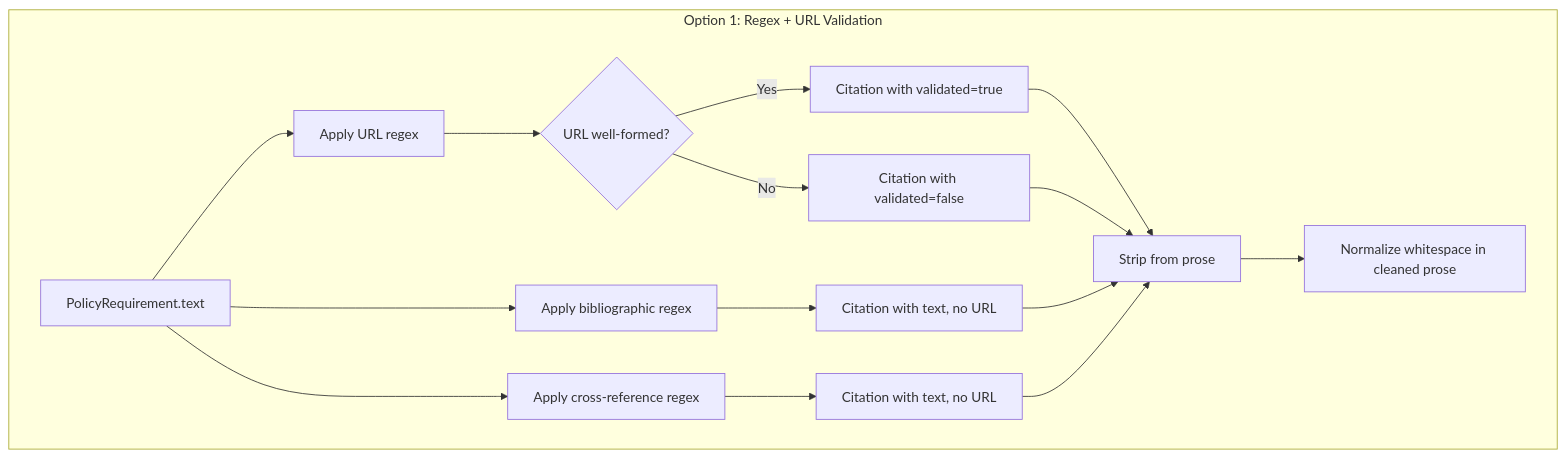
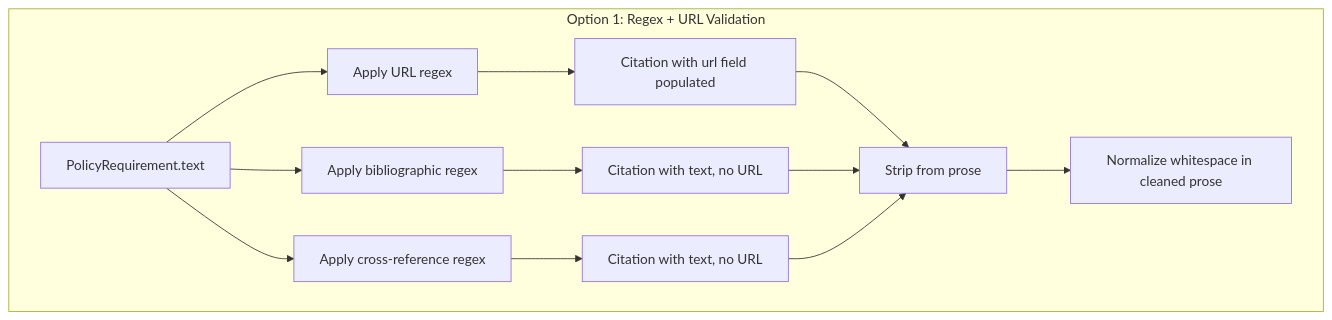
One commit to policy-forge/forge changed the first of 3 diagrams in docs/AR/008-ar-citation-extraction.md. Above: the diagram before and after it, drawn with Mermaid. The commit also changed other lines of this file and 5 other files, not shown here.

````diff
--- a/docs/AR/008-ar-citation-extraction.md
+++ b/docs/AR/008-ar-citation-extraction.md
@@ -130,18 +130,15 @@
 ```mermaid
 graph TD
     subgraph "Option 1: Regex + URL Validation"
         A1[PolicyRequirement.text] --> B1[Apply URL regex]
         A1 --> C1[Apply bibliographic regex]
         A1 --> D1[Apply cross-reference regex]
-        B1 --> E1{URL well-formed?}
-        E1 -->|Yes| F1[Citation with validated=true]
-        E1 -->|No| G1[Citation with validated=false]
+        B1 --> F1[Citation with url field populated]
         C1 --> H1[Citation with text, no URL]
         D1 --> I1[Citation with text, no URL]
         F1 --> J1[Strip from prose]
-        G1 --> J1
         H1 --> J1
         I1 --> J1
         J1 --> K1[Normalize whitespace in cleaned prose]
     end
 ```
````
